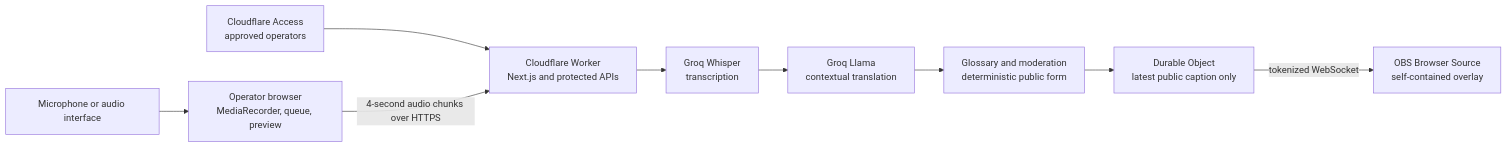
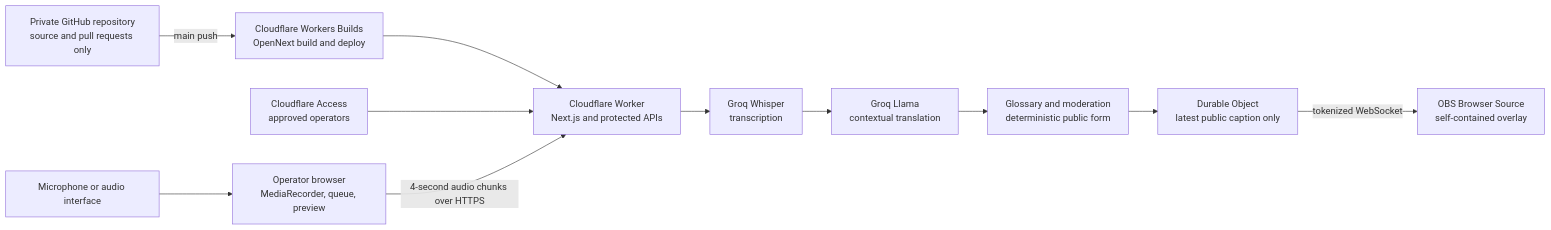
Before and after one commit to variable-hq/caption-studio: the diagram in README.md, drawn with Mermaid. The commit also changed other lines of this file and 18 other files, not shown here.

Commit message:
Harden request handling and refresh architecture

````diff
--- a/README.md
+++ b/README.md
@@ -37,11 +37,13 @@
 ```mermaid
 flowchart LR
+  Repo["Private GitHub repository<br/>source and pull requests only"] -->|"main push"| Build["Cloudflare Workers Builds<br/>OpenNext build and deploy"]
+  Build --> Worker
   Mic["Microphone or audio interface"] --> Browser["Operator browser<br/>MediaRecorder, queue, preview"]
   Access["Cloudflare Access<br/>approved operators"] --> Worker["Cloudflare Worker<br/>Next.js and protected APIs"]
   Browser -->|"4-second audio chunks over HTTPS"| Worker
   Worker --> Whisper["Groq Whisper<br/>transcription"]
   Whisper --> Translate["Groq Llama<br/>contextual translation"]
   Translate --> Pipeline["Glossary and moderation<br/>deterministic public form"]
   Pipeline --> Room["Durable Object<br/>latest public caption only"]
   Room -->|"tokenized WebSocket"| OBS["OBS Browser Source<br/>self-contained overlay"]
 ```
````
